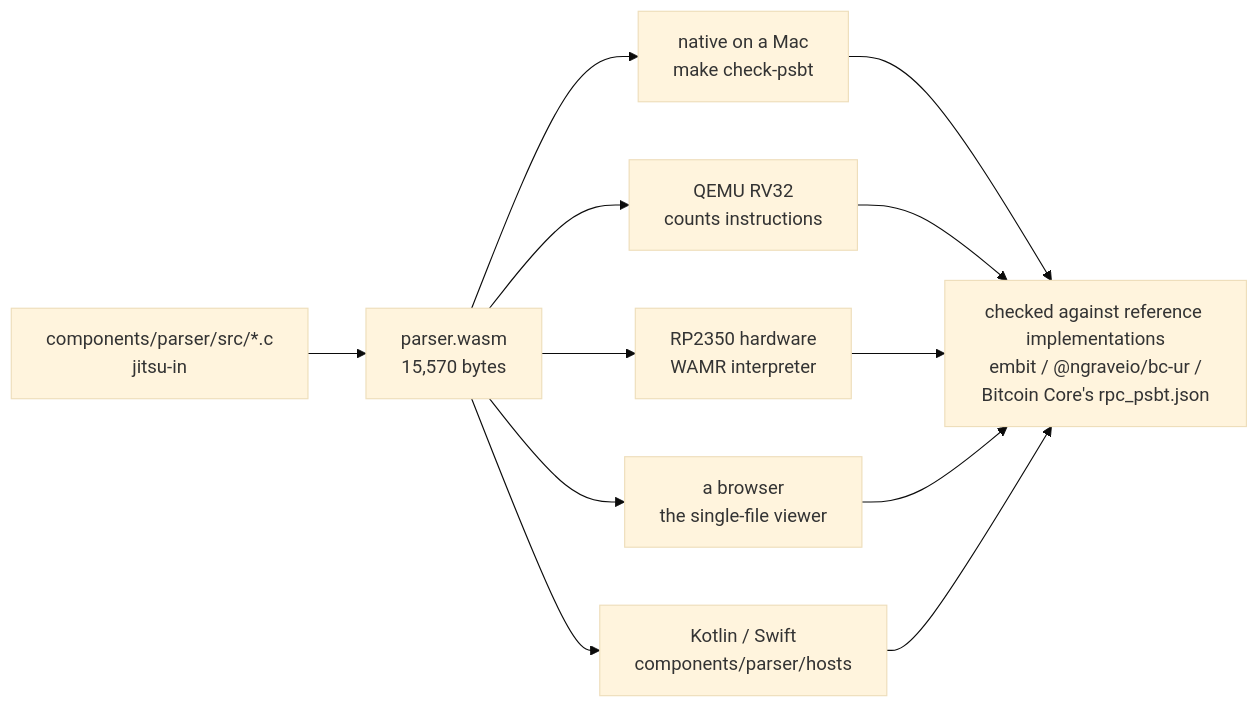
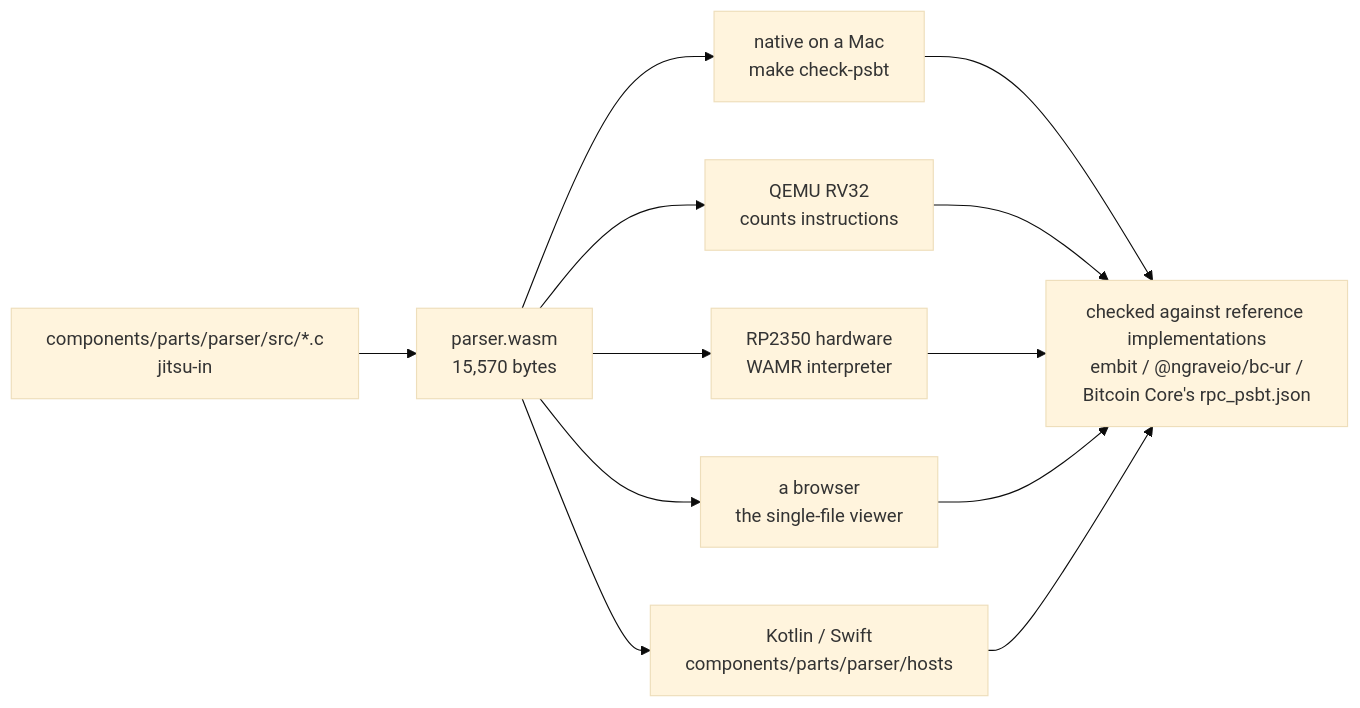
The third of 4 diagrams in docs/architecture.md (habakan/jitsu-in-pico), drawn with Mermaid (base theme) before and after one commit. The commit also changed 38 other files, not shown here.

````diff
--- a/docs/architecture.md
+++ b/docs/architecture.md
@@ -95,14 +95,14 @@
 ```mermaid
 flowchart LR
-    src["components/parser/src/*.c<br/>jitsu-in"] --> wasm["parser.wasm<br/>15,570 bytes"]
+    src["components/parts/parser/src/*.c<br/>jitsu-in"] --> wasm["parser.wasm<br/>15,570 bytes"]
     wasm --> mac["native on a Mac<br/>make check-psbt"]
     wasm --> qemu["QEMU RV32<br/>counts instructions"]
     wasm --> dev["RP2350 hardware<br/>WAMR interpreter"]
     wasm --> browser["a browser<br/>the single-file viewer"]
-    wasm --> other["Kotlin / Swift<br/>components/parser/hosts"]
+    wasm --> other["Kotlin / Swift<br/>components/parts/parser/hosts"]
     mac --> ref["checked against reference implementations<br/>embit / @ngraveio/bc-ur /<br/>Bitcoin Core's rpc_psbt.json"]
     qemu --> ref
     dev --> ref
     browser --> ref
     other --> ref
 ```
````
